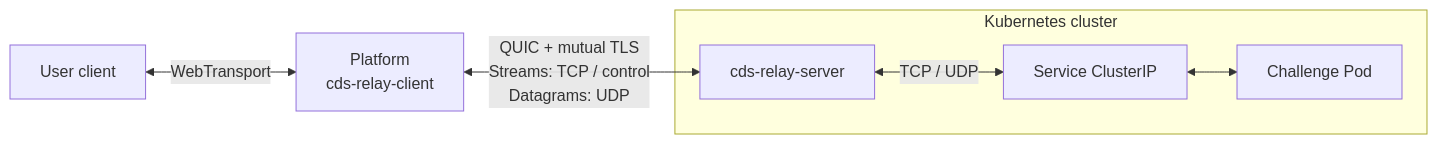
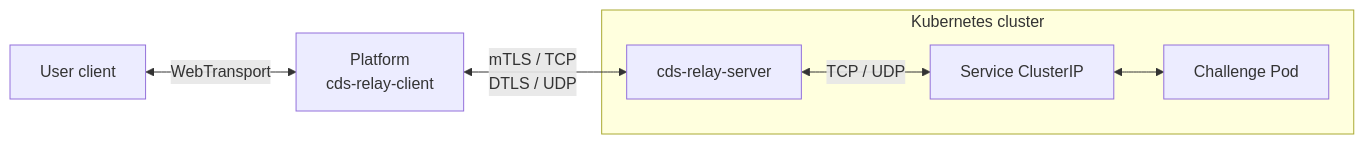
The diagram in README.md (cdsctf/relay), drawn with Mermaid before and after one commit. The commit also changed other lines of this file and 35 other files, not shown here.

First line of the commit message:
feat(relay)!: replace QUIC with native TLS and DTLS

````diff
--- a/README.md
+++ b/README.md
@@ -5,12 +5,12 @@
 ```mermaid
 flowchart LR
     user["User client"] <-->|WebTransport| platform["Platform<br/>cds-relay-client"]
-    platform <-->|"QUIC + mutual TLS<br/>Streams: TCP / control<br/>Datagrams: UDP"| relay["cds-relay-server"]
+    platform <-->|"mTLS / TCP<br/>DTLS / UDP"| relay["cds-relay-server"]
     relay <-->|TCP / UDP| service["Service ClusterIP"]
     service <--> challenge["Challenge Pod"]
     subgraph cluster["Kubernetes cluster"]
         relay
         service
         challenge
     end
 ```
````
